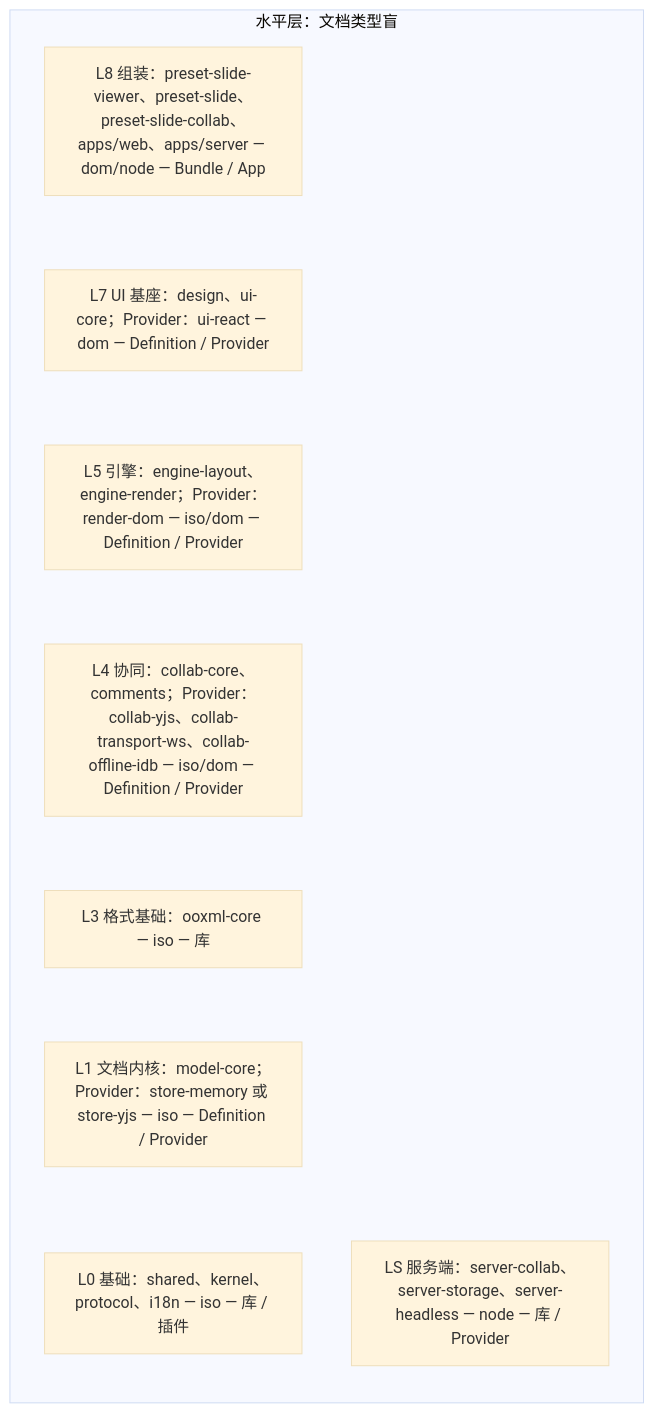
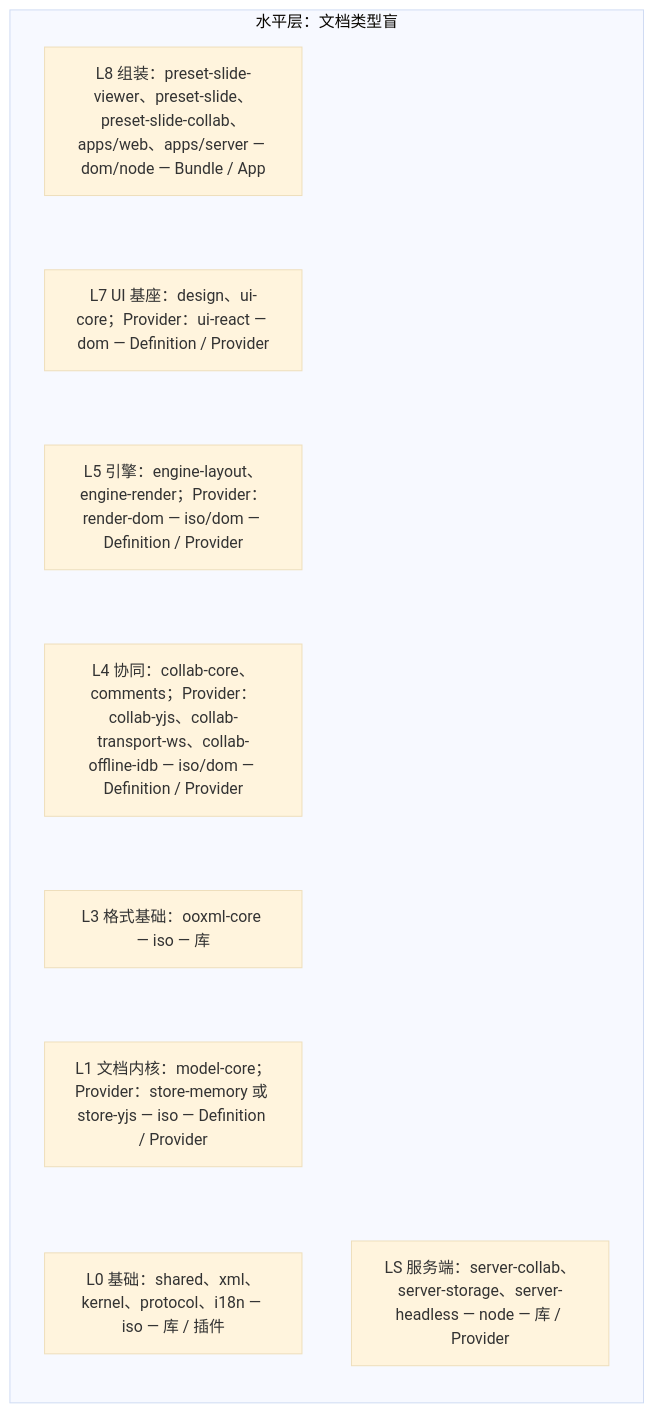
One commit to Xeonice/cordis-ppt-editor changed the first of 7 diagrams in docs/30-architecture/02-layering-and-packages.md. Above: the diagram before and after it, drawn with Mermaid (base theme). The commit also changed other lines of this file and 78 other files, not shown here.

````diff
--- a/docs/30-architecture/02-layering-and-packages.md
+++ b/docs/30-architecture/02-layering-and-packages.md
@@ -12,15 +12,15 @@
 ```mermaid
 flowchart TB
   subgraph horiz["水平层：文档类型盲"]
     direction TB
     l8["L8 组装：preset-slide-viewer、preset-slide、preset-slide-collab、apps/web、apps/server — dom/node — Bundle / App"]
     l7["L7 UI 基座：design、ui-core；Provider：ui-react — dom — Definition / Provider"]
     l5["L5 引擎：engine-layout、engine-render；Provider：render-dom — iso/dom — Definition / Provider"]
     l4["L4 协同：collab-core、comments；Provider：collab-yjs、collab-transport-ws、collab-offline-idb — iso/dom — Definition / Provider"]
     l3["L3 格式基础：ooxml-core — iso — 库"]
     l1["L1 文档内核：model-core；Provider：store-memory 或 store-yjs — iso — Definition / Provider"]
-    l0["L0 基础：shared、kernel、protocol、i18n — iso — 库 / 插件"]
+    l0["L0 基础：shared、xml、kernel、protocol、i18n — iso — 库 / 插件"]
     ls["LS 服务端：server-collab、server-storage、server-headless — node — 库 / Provider"]
   end
   l8 ~~~ l7 ~~~ l5 ~~~ l4 ~~~ l3 ~~~ l1 ~~~ l0
 ```
````
